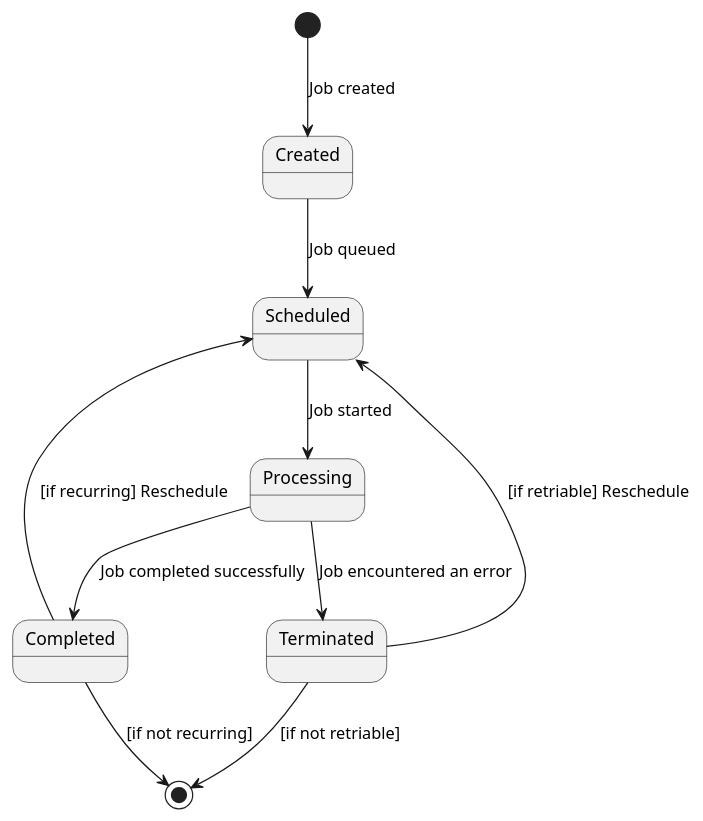
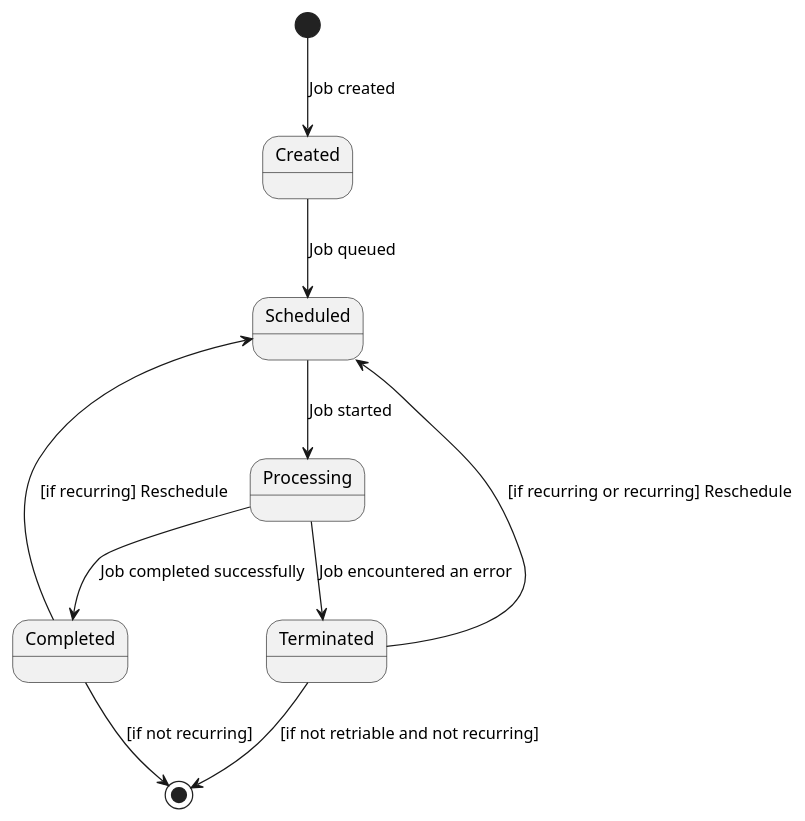
Before and after one commit to cybergarage/go-job: the diagram in doc/img/job_state.pu, drawn with PlantUML. The commit also changed 1 other file, not shown here.

```diff
--- a/doc/img/job_state.pu
+++ b/doc/img/job_state.pu
@@ -1,17 +1,17 @@
 @startuml
 [*] --> Created : Job created
 
 Created --> Scheduled : Job queued
 Scheduled --> Processing : Job started
 Processing --> Completed : Job completed successfully
 Processing --> Terminated : Job encountered an error
-Terminated --> Scheduled : [if retriable] Reschedule
+Terminated --> Scheduled : [if recurring or recurring] Reschedule
 Completed --> Scheduled : [if recurring] Reschedule
-Terminated --> [*] : [if not retriable]
+Terminated --> [*] : [if not retriable and not recurring]
 Completed --> [*] : [if not recurring]
 
 ' Processing --> Cancelled : Job was cancelled
 ' Processing --> TimedOut : Job exceeded time limit
 ' TimedOut --> Scheduled : [if retriable] Reschedule
 
 @enduml
```
